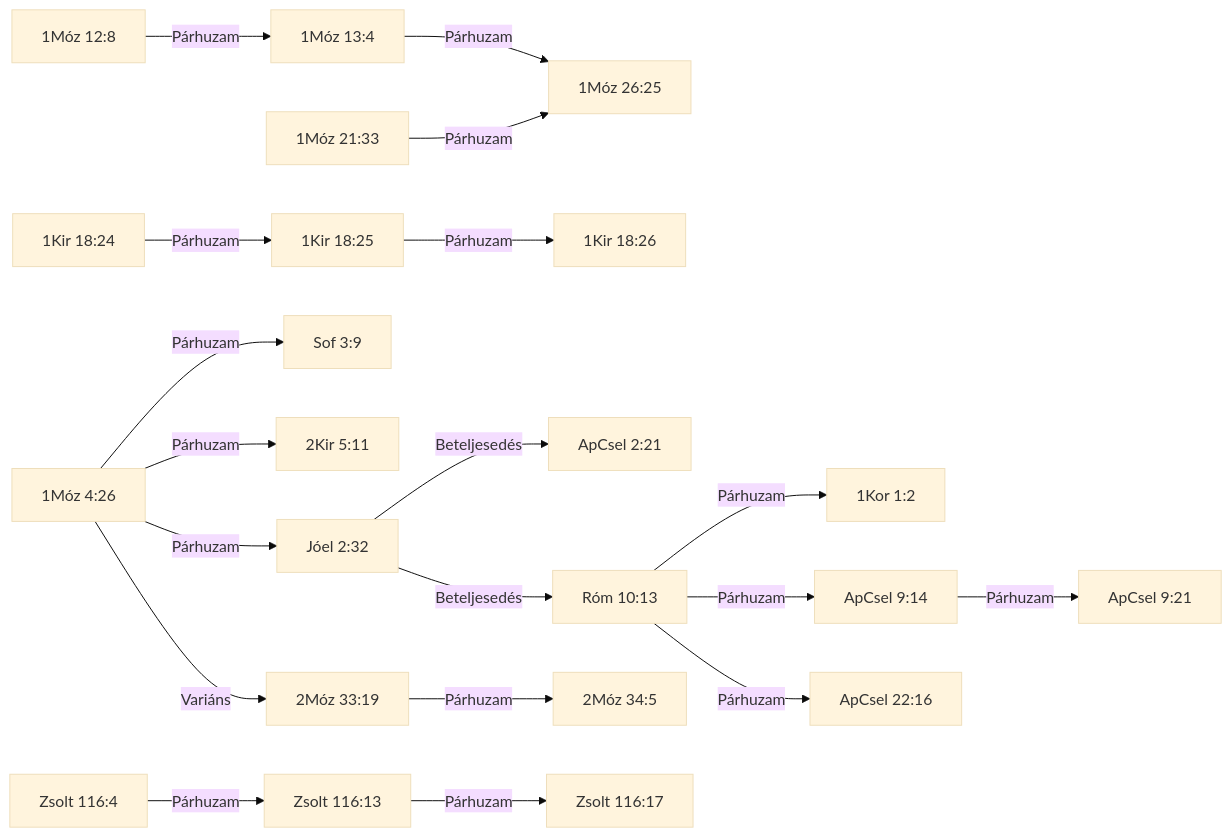
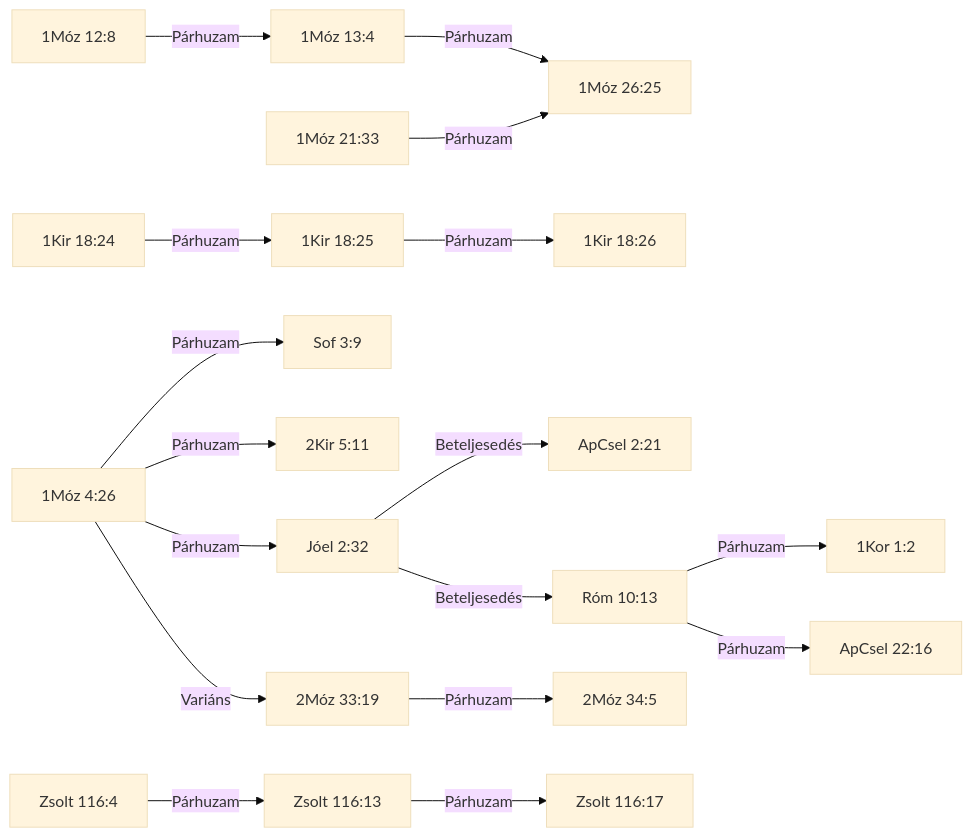
The diagram in lexikon/ISTENTISZT-001_TUDOMANYOS.md (basesoft777/Bible-Study), drawn with Mermaid (base theme) before and after one commit. The commit also changed other lines of this file and 11 other files, not shown here.

````diff
--- a/lexikon/ISTENTISZT-001_TUDOMANYOS.md
+++ b/lexikon/ISTENTISZT-001_TUDOMANYOS.md
@@ -1414,43 +1358,39 @@
 ```mermaid
 graph LR
     n1["1Móz 4:26"]
     n2["1Móz 12:8"]
     n3["1Móz 13:4"]
     n4["1Móz 21:33"]
     n5["1Móz 26:25"]
     n6["2Móz 33:19"]
     n7["2Móz 34:5"]
     n8["1Kir 18:24"]
     n9["1Kir 18:25"]
     n10["1Kir 18:26"]
     n11["2Kir 5:11"]
     n12["Zsolt 116:4"]
     n13["Zsolt 116:13"]
     n14["Zsolt 116:17"]
     n15["Jóel 2:32"]
     n16["Sof 3:9"]
     n17["ApCsel 2:21"]
-    n18["ApCsel 9:14"]
-    n19["ApCsel 9:21"]
-    n20["ApCsel 22:16"]
-    n21["Róm 10:13"]
-    n22["1Kor 1:2"]
+    n18["ApCsel 22:16"]
+    n19["Róm 10:13"]
+    n20["1Kor 1:2"]
     n1 -->|Párhuzam| n16
     n1 -->|Párhuzam| n11
     n1 -->|Párhuzam| n15
     n15 -->|Beteljesedés| n17
-    n15 -->|Beteljesedés| n21
-    n21 -->|Párhuzam| n22
-    n21 -->|Párhuzam| n18
-    n18 -->|Párhuzam| n19
-    n21 -->|Párhuzam| n20
+    n15 -->|Beteljesedés| n19
+    n19 -->|Párhuzam| n20
+    n19 -->|Párhuzam| n18
     n1 -->|Variáns| n6
     n6 -->|Párhuzam| n7
     n2 -->|Párhuzam| n3
     n3 -->|Párhuzam| n5
     n4 -->|Párhuzam| n5
     n8 -->|Párhuzam| n9
     n9 -->|Párhuzam| n10
     n12 -->|Párhuzam| n13
     n13 -->|Párhuzam| n14
 ```
````
